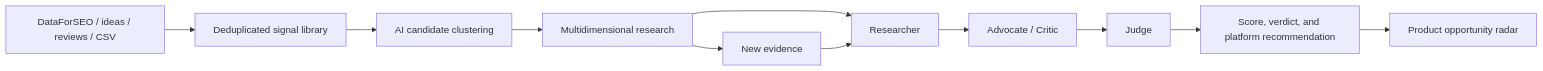
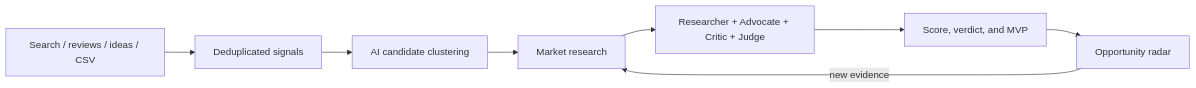
Before and after one commit to xiao131/product-radar: the diagram in README.md, drawn with Mermaid. The commit also changed other lines of this file and 28 other files, not shown here.

````diff
--- a/README.md
+++ b/README.md
@@ -106,13 +27,10 @@
 ```mermaid
 flowchart LR
-  A["DataForSEO / ideas / reviews / CSV"] --> B["Deduplicated signal library"]
+  A["Search / reviews / ideas / CSV"] --> B["Deduplicated signals"]
   B --> C["AI candidate clustering"]
-  C --> D["Multidimensional research"]
-  D --> E["Researcher"]
-  E --> F["Advocate / Critic"]
-  F --> G["Judge"]
-  G --> H["Score, verdict, and platform recommendation"]
-  H --> I["Product opportunity radar"]
-  D --> J["New evidence"]
-  J --> E
+  C --> D["Market research"]
+  D --> E["Researcher + Advocate + Critic + Judge"]
+  E --> F["Score, verdict, and MVP"]
+  F --> G["Opportunity radar"]
+  G -->|"new evidence"| D
 ```
````
